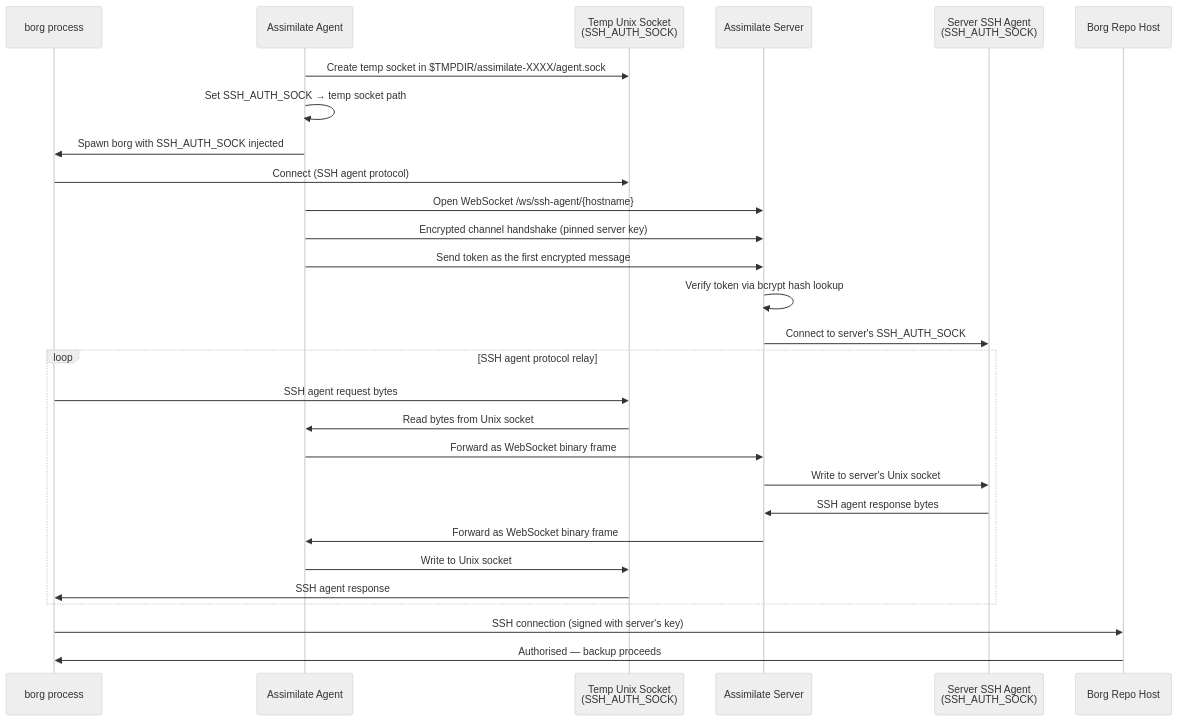
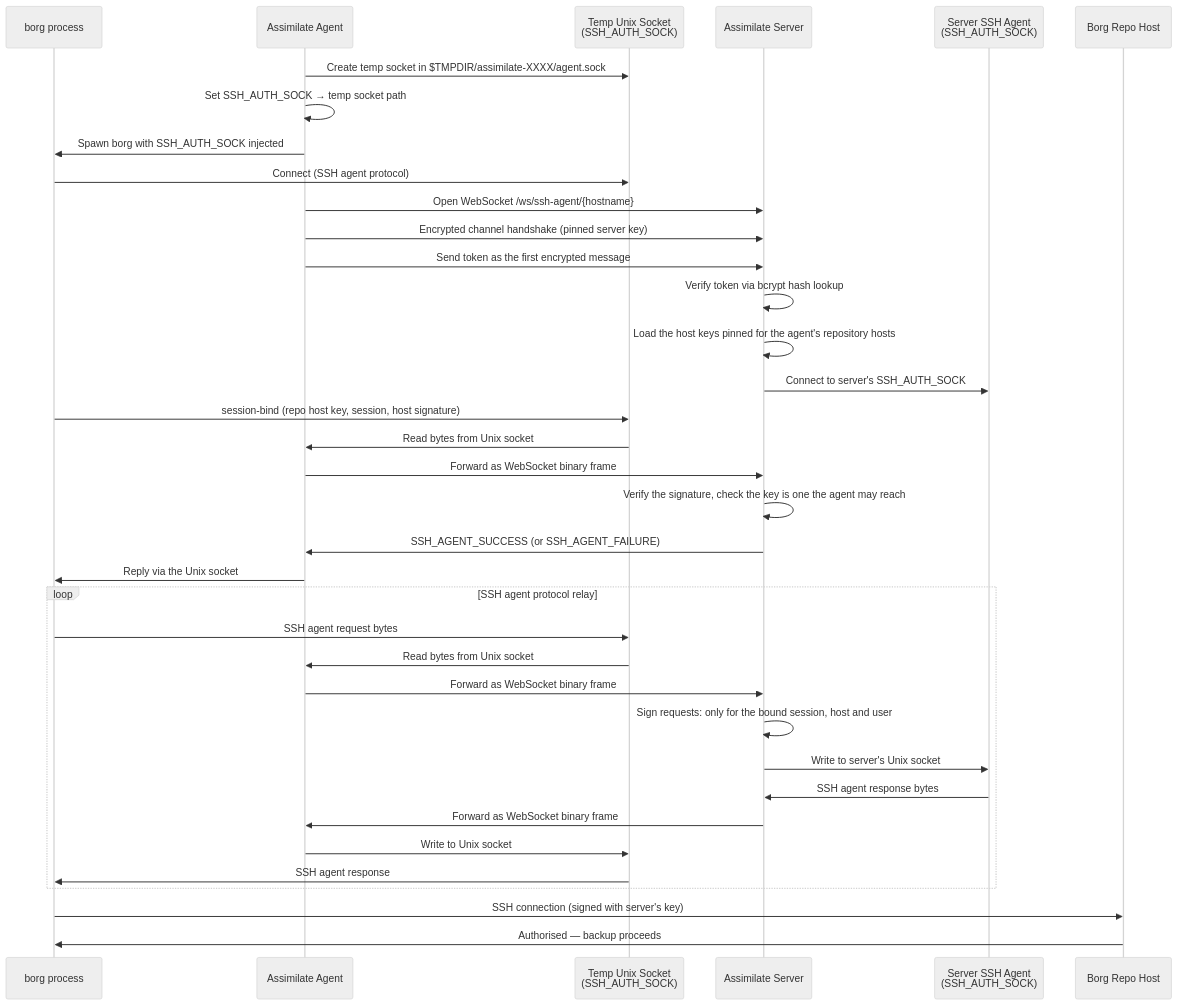
The diagram in docs/ssh-agent-forwarding.md (alexmohr/assimilate), drawn with Mermaid (neutral theme) before and after one commit. The commit also changed other lines of this file and 12 other files, not shown here.

````diff
--- a/docs/ssh-agent-forwarding.md
+++ b/docs/ssh-agent-forwarding.md
@@ -15,34 +15,43 @@
 ```mermaid
 sequenceDiagram
     participant Borg as borg process
     participant Agent as Assimilate Agent
     participant UDS as Temp Unix Socket<br/>(SSH_AUTH_SOCK)
     participant Server as Assimilate Server
     participant LocalAgent as Server SSH Agent<br/>(SSH_AUTH_SOCK)
     participant Repo as Borg Repo Host
 
     Agent->>UDS: Create temp socket in $TMPDIR/assimilate-XXXX/agent.sock
     Agent->>Agent: Set SSH_AUTH_SOCK → temp socket path
     Agent->>Borg: Spawn borg with SSH_AUTH_SOCK injected
 
     Borg->>UDS: Connect (SSH agent protocol)
     Agent->>Server: Open WebSocket /ws/ssh-agent/{hostname}
     Agent->>Server: Encrypted channel handshake (pinned server key)
     Agent->>Server: Send token as the first encrypted message
     Server->>Server: Verify token via bcrypt hash lookup
+    Server->>Server: Load the host keys pinned for the agent's repository hosts
     Server->>LocalAgent: Connect to server's SSH_AUTH_SOCK
+
+    Borg->>UDS: session-bind (repo host key, session, host signature)
+    UDS->>Agent: Read bytes from Unix socket
+    Agent->>Server: Forward as WebSocket binary frame
+    Server->>Server: Verify the signature, check the key is one the agent may reach
+    Server->>Agent: SSH_AGENT_SUCCESS (or SSH_AGENT_FAILURE)
+    Agent->>Borg: Reply via the Unix socket
 
     loop SSH agent protocol relay
         Borg->>UDS: SSH agent request bytes
         UDS->>Agent: Read bytes from Unix socket
         Agent->>Server: Forward as WebSocket binary frame
+        Server->>Server: Sign requests: only for the bound session, host and user
         Server->>LocalAgent: Write to server's Unix socket
         LocalAgent->>Server: SSH agent response bytes
         Server->>Agent: Forward as WebSocket binary frame
         Agent->>UDS: Write to Unix socket
         UDS->>Borg: SSH agent response
     end
 
     Borg->>Repo: SSH connection (signed with server's key)
     Repo->>Borg: Authorised — backup proceeds
 ```
````
